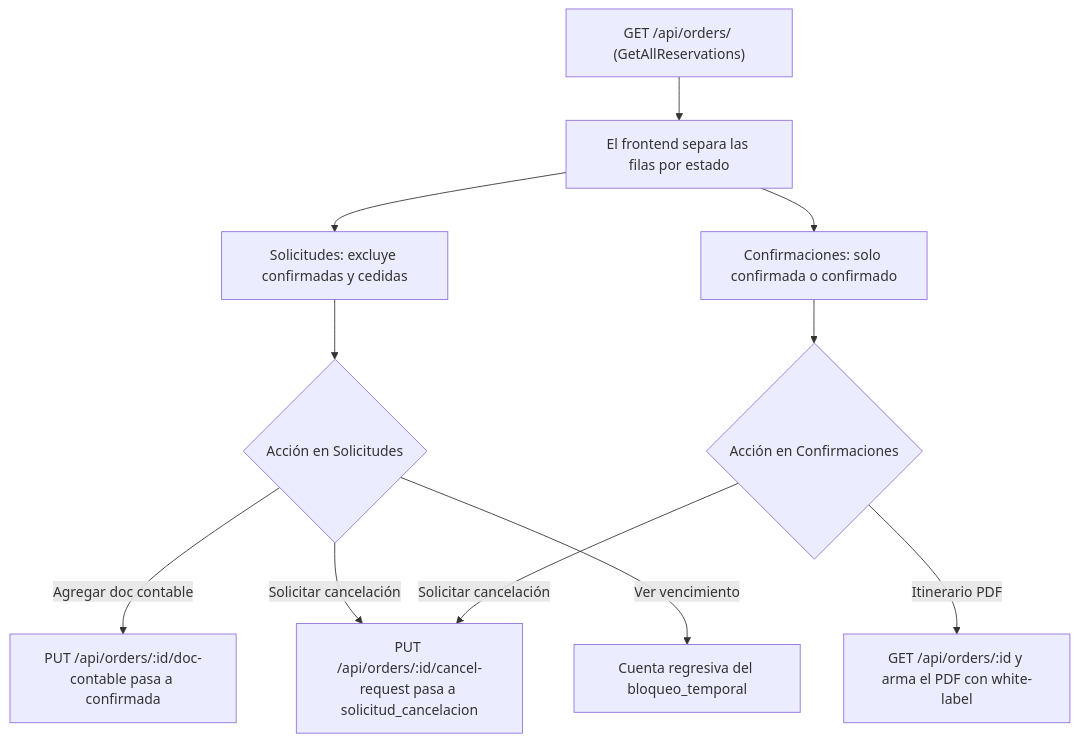
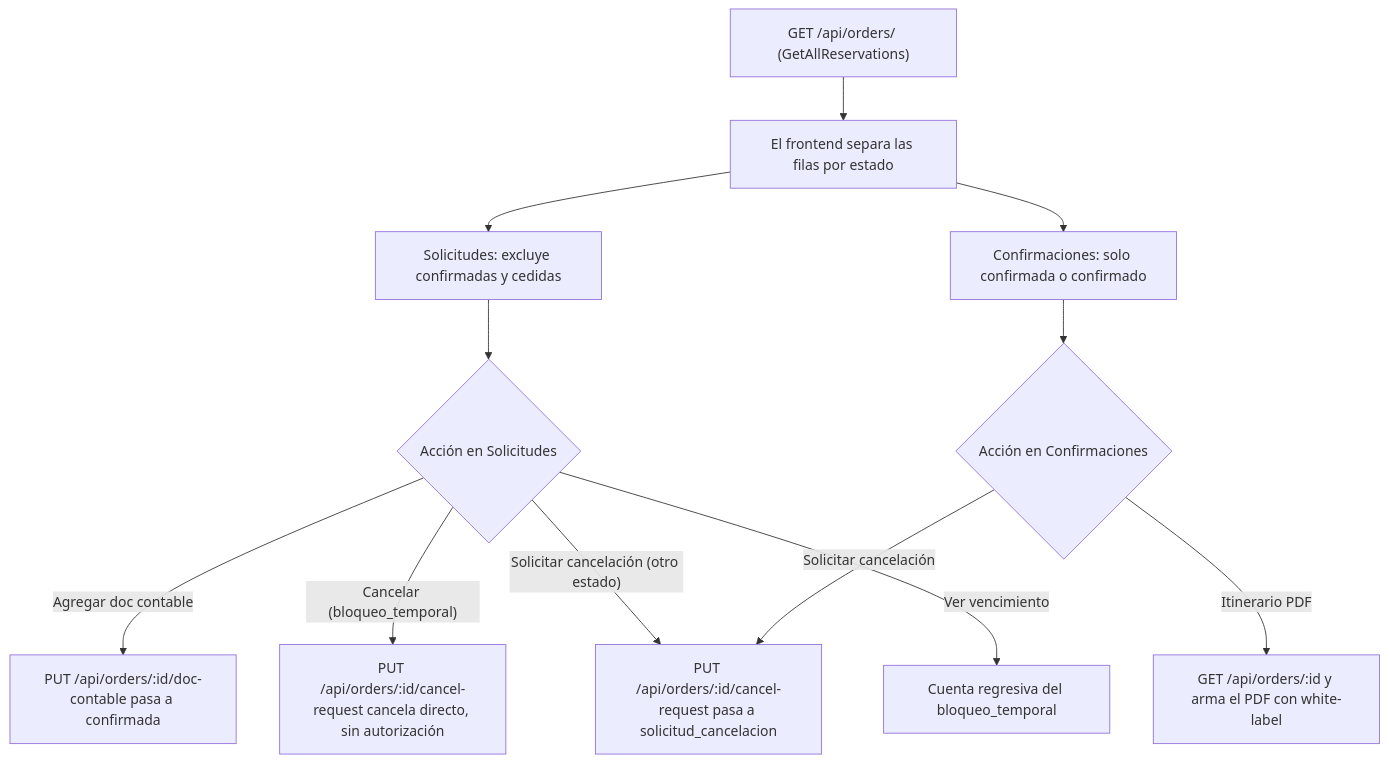
Before and after one commit to j-trz/app.cupos: the fourth of 16 diagrams in app-cupos/003 - Funcionalidades/Flujos de Funcionalidades.md, drawn with Mermaid. The commit also changed other lines of this file and 11 other files, not shown here.

````diff
--- a/app-cupos/003 - Funcionalidades/Flujos de Funcionalidades.md
+++ b/app-cupos/003 - Funcionalidades/Flujos de Funcionalidades.md
@@ -145,13 +146,14 @@
 ```mermaid
 flowchart TD
     A["GET /api/orders/ (GetAllReservations)"] --> B["El frontend separa las filas por estado"]
     B --> C["Solicitudes: excluye confirmadas y cedidas"]
     B --> D["Confirmaciones: solo confirmada o confirmado"]
     C --> E{"Acción en Solicitudes"}
     E -->|"Agregar doc contable"| F["PUT /api/orders/:id/doc-contable pasa a confirmada"]
-    E -->|"Solicitar cancelación"| G["PUT /api/orders/:id/cancel-request pasa a solicitud_cancelacion"]
+    E -->|"Cancelar (bloqueo_temporal)"| G["PUT /api/orders/:id/cancel-request cancela directo, sin autorización"]
+    E -->|"Solicitar cancelación (otro estado)"| G2["PUT /api/orders/:id/cancel-request pasa a solicitud_cancelacion"]
     E -->|"Ver vencimiento"| H["Cuenta regresiva del bloqueo_temporal"]
     D --> I{"Acción en Confirmaciones"}
     I -->|"Itinerario PDF"| J["GET /api/orders/:id y arma el PDF con white-label"]
-    I -->|"Solicitar cancelación"| G
+    I -->|"Solicitar cancelación"| G2
 ```
````
